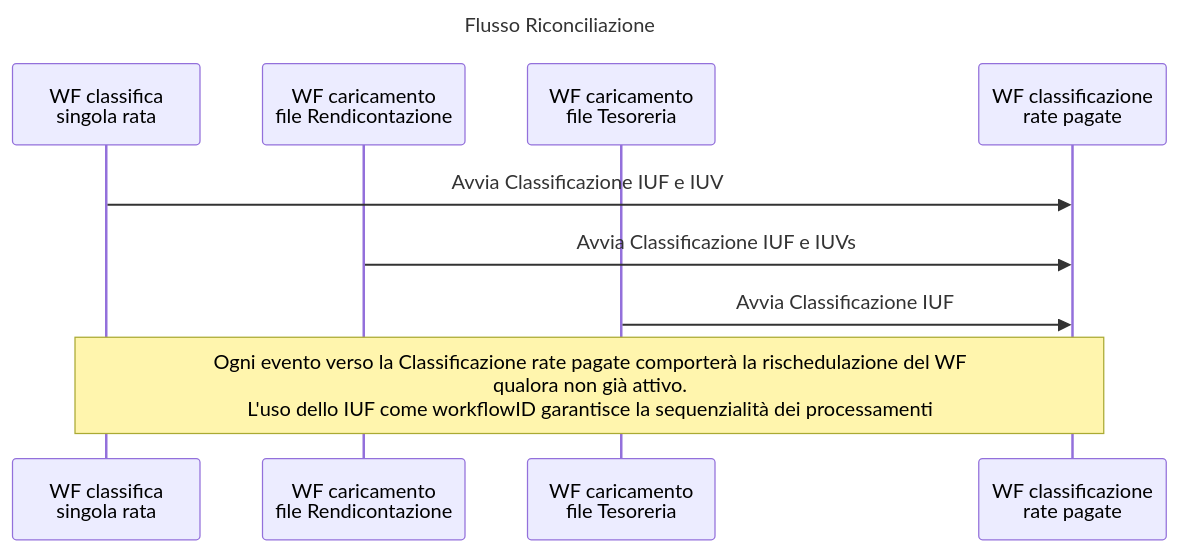
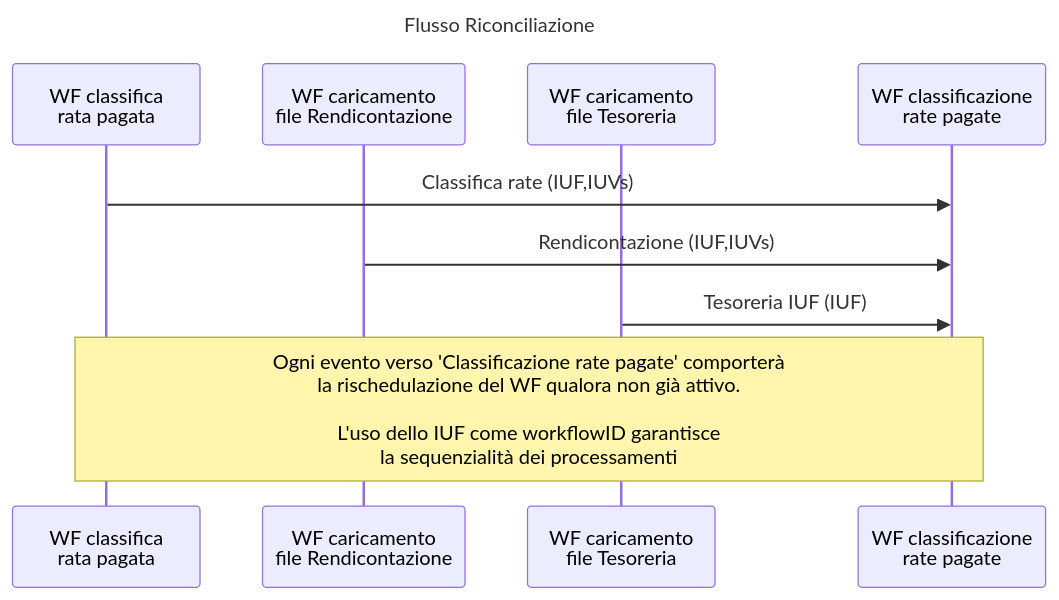
The diagram in design/workflow/classificazioneRatePagate/seq_classificazione.mmd (pagopa/p4pa-doc), drawn with Mermaid before and after one commit. The commit also changed 9 other files, not shown here.

Commit message:
P4ADEV-1358 review 'wf classificazione rate pagate'

```diff
--- a/design/workflow/classificazioneRatePagate/seq_classificazione.mmd
+++ b/design/workflow/classificazioneRatePagate/seq_classificazione.mmd
@@ -1,14 +1,14 @@
 ---
 title: Flusso Riconciliazione
 ---
 sequenceDiagram
-    participant WF_RT as WF classifica<BR />singola rata
+    participant WF_RT as WF classifica<BR />rata pagata
     participant WF_R as WF caricamento<BR />file Rendicontazione
     participant WF_T as WF caricamento<BR />file Tesoreria
     participant WF_RC as WF classificazione<BR />rate pagate
 
-    WF_RT ->> WF_RC: Avvia Classificazione IUF e IUV
-    WF_R ->> WF_RC: Avvia Classificazione IUF e IUVs
-    WF_T ->> WF_RC: Avvia Classificazione IUF
+    WF_RT ->> WF_RC: Classifica rate (IUF,IUVs)
+    WF_R ->> WF_RC: Rendicontazione (IUF,IUVs)
+    WF_T ->> WF_RC: Tesoreria IUF (IUF)
 
-    note over WF_RT,WF_RC: Ogni evento verso la Classificazione rate pagate comporterà la rischedulazione del WF<BR />qualora non già attivo.<BR/>L'uso dello IUF come workflowID garantisce la sequenzialità dei processamenti
+    note over WF_RT,WF_RC: Ogni evento verso 'Classificazione rate pagate' comporterà<BR />la rischedulazione del WF qualora non già attivo.<BR/><BR/>L'uso dello IUF come workflowID garantisce<BR />la sequenzialità dei processamenti
```
